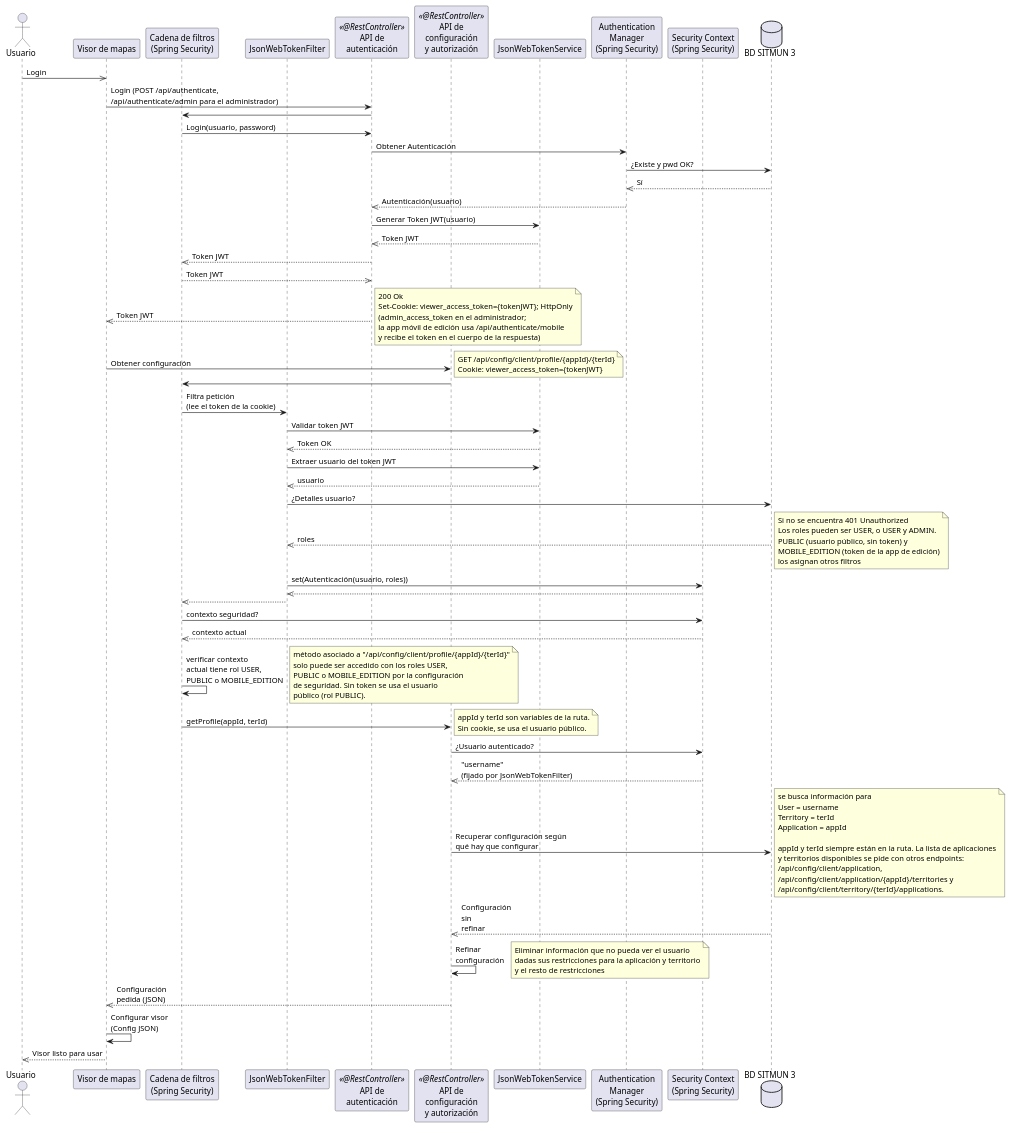
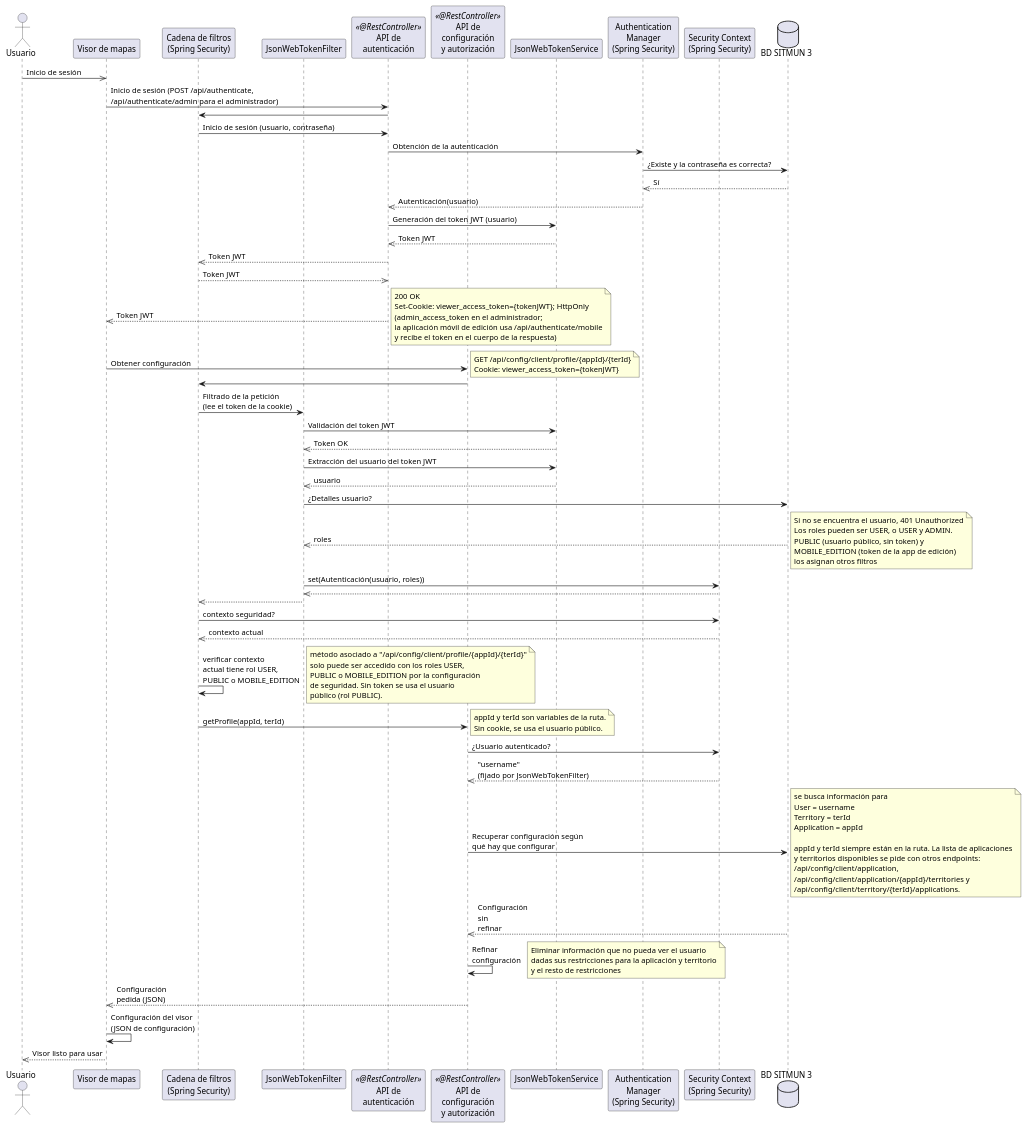
One commit to sitmun/sitmun.github.io changed the second of 6 diagrams in docs/que-es-sitmun/plataforma/arquitectura/index.md. Above: the diagram before and after it, drawn with PlantUML. The commit also changed other lines of this file and 36 other files, not shown here.

```diff
--- a/docs/que-es-sitmun/plataforma/arquitectura/index.md
+++ b/docs/que-es-sitmun/plataforma/arquitectura/index.md
@@ -352,24 +354,24 @@
 participant "Security Context\n(Spring Security)" as SecurityContext
 database "BD SITMUN 3" as Database
 
-Usuario ->> Client: Login
-Client -> AuthenticationAPI: Login (POST /api/authenticate,\n/api/authenticate/admin para el administrador)
+Usuario ->> Client: Inicio de sesión
+Client -> AuthenticationAPI: Inicio de sesión (POST /api/authenticate,\n/api/authenticate/admin para el administrador)
 AuthenticationAPI -> FilterChain
-FilterChain -> AuthenticationAPI: Login(usuario, password)
-AuthenticationAPI-> AuthenticationManager: Obtener Autenticación
-AuthenticationManager -> Database: ¿Existe y pwd OK?
+FilterChain -> AuthenticationAPI: Inicio de sesión (usuario, contraseña)
+AuthenticationAPI-> AuthenticationManager: Obtención de la autenticación
+AuthenticationManager -> Database: ¿Existe y la contraseña es correcta?
 Database-->> AuthenticationManager: Sí
 AuthenticationManager -->> AuthenticationAPI: Autenticación(usuario)
-AuthenticationAPI -> JsonWebTokenService: Generar Token JWT(usuario)
+AuthenticationAPI -> JsonWebTokenService: Generación del token JWT (usuario)
 JsonWebTokenService -->> AuthenticationAPI: Token JWT
 AuthenticationAPI -->> FilterChain: Token JWT
 FilterChain -->> AuthenticationAPI: Token JWT
 AuthenticationAPI -->> Client: Token JWT
 note right
-200 Ok
+200 OK
 Set-Cookie: viewer_access_token={tokenJWT}; HttpOnly
 (admin_access_token en el administrador;
-la app móvil de edición usa /api/authenticate/mobile
+la aplicación móvil de edición usa /api/authenticate/mobile
 y recibe el token en el cuerpo de la respuesta)
 end note
 Client -> ConfigurationAPI: Obtener configuración
@@ -379,15 +381,15 @@
 end note
 
 ConfigurationAPI -> FilterChain
-FilterChain -> JsonWebTokenFilter: Filtra petición\n(lee el token de la cookie)
-JsonWebTokenFilter -> JsonWebTokenService: Validar token JWT
+FilterChain -> JsonWebTokenFilter: Filtrado de la petición\n(lee el token de la cookie)
+JsonWebTokenFilter -> JsonWebTokenService: Validación del token JWT
 JsonWebTokenService -->> JsonWebTokenFilter: Token OK
-JsonWebTokenFilter -> JsonWebTokenService: Extraer usuario del token JWT
+JsonWebTokenFilter -> JsonWebTokenService: Extracción del usuario del token JWT
 JsonWebTokenService -->> JsonWebTokenFilter: usuario
 JsonWebTokenFilter-> Database: ¿Detalles usuario?
 Database -->> JsonWebTokenFilter: roles
 note right
-  Si no se encuentra 401 Unauthorized
+  Si no se encuentra el usuario, 401 Unauthorized
   Los roles pueden ser USER, o USER y ADMIN.
   PUBLIC (usuario público, sin token) y
   MOBILE_EDITION (token de la app de edición)
@@ -434,7 +436,7 @@
   y el resto de restricciones
 end note
 ConfigurationAPI -->> Client: Configuración\npedida (JSON)
-Client -> Client: Configurar visor\n(Config JSON)
+Client -> Client: Configuración del visor\n(JSON de configuración)
 Client -->> Usuario: Visor listo para usar
 
 @enduml
```
